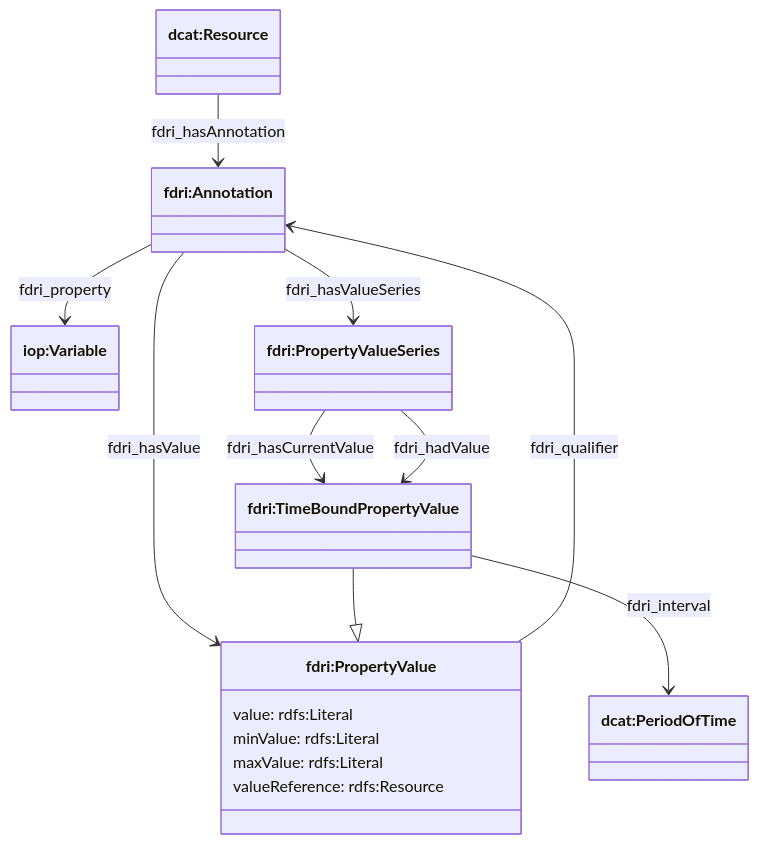
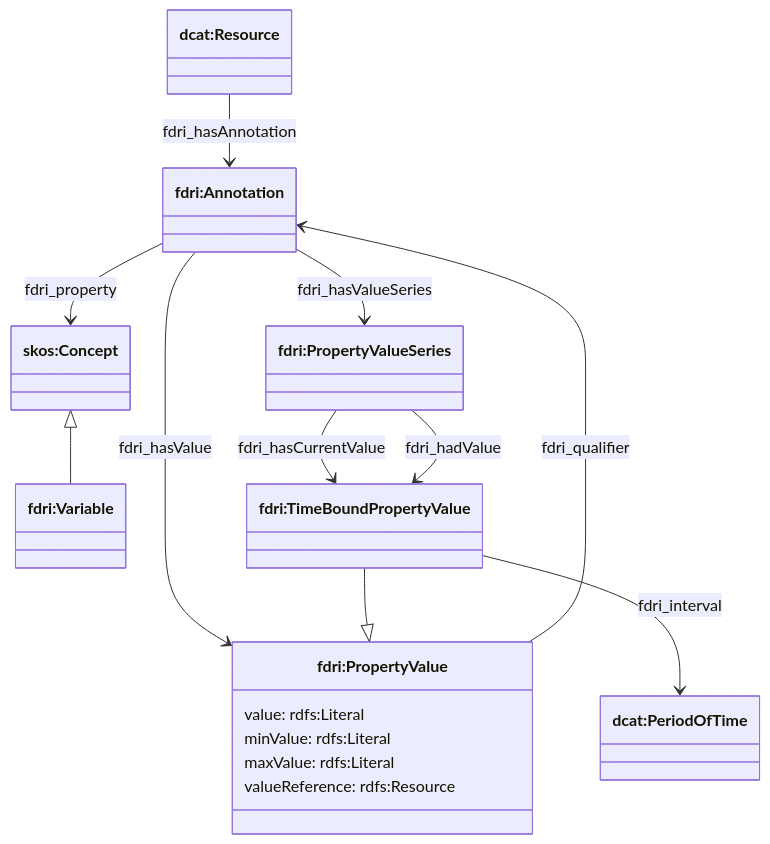
The diagram in doc/annotations.md (NERC-CEH/fdri-ontology), drawn with Mermaid before and after one commit. The commit also changed other lines of this file and 3 other files, not shown here.

Commit message:
Update range of fdri:property on fdri:Annotation * Change range from  to * Update documentation * Update changelog to include this change and a previous, undocumented change

````diff
--- a/doc/annotations.md
+++ b/doc/annotations.md
@@ -17,25 +17,27 @@
 ```mermaid
 classDiagram
 class Resource["dcat:Resource"]
 class Annotation["fdri:Annotation"]
-class COP["iop:Variable"]
+class Concept["skos:Concept"]
+class COP["fdri:Variable"]
 class PropertyValue["fdri:PropertyValue"] {
     value: rdfs:Literal
     minValue: rdfs:Literal
     maxValue: rdfs:Literal
     valueReference: rdfs:Resource
 }
 class PropertyValueSeries["fdri:PropertyValueSeries"]
 class TBPV["fdri:TimeBoundPropertyValue"]
 class Period["dcat:PeriodOfTime"]
 
 Resource --> Annotation: fdri_hasAnnotation
-Annotation --> COP: fdri_property
+Annotation --> Concept: fdri_property
 Annotation --> PropertyValue: fdri_hasValue
 Annotation --> PropertyValueSeries: fdri_hasValueSeries
 PropertyValueSeries --> TBPV: fdri_hasCurrentValue
 PropertyValueSeries --> TBPV: fdri_hadValue
 TBPV --> Period: fdri_interval
 TBPV --|> PropertyValue
 PropertyValue --> Annotation: fdri_qualifier
+Concept <|-- COP
 ```
````
